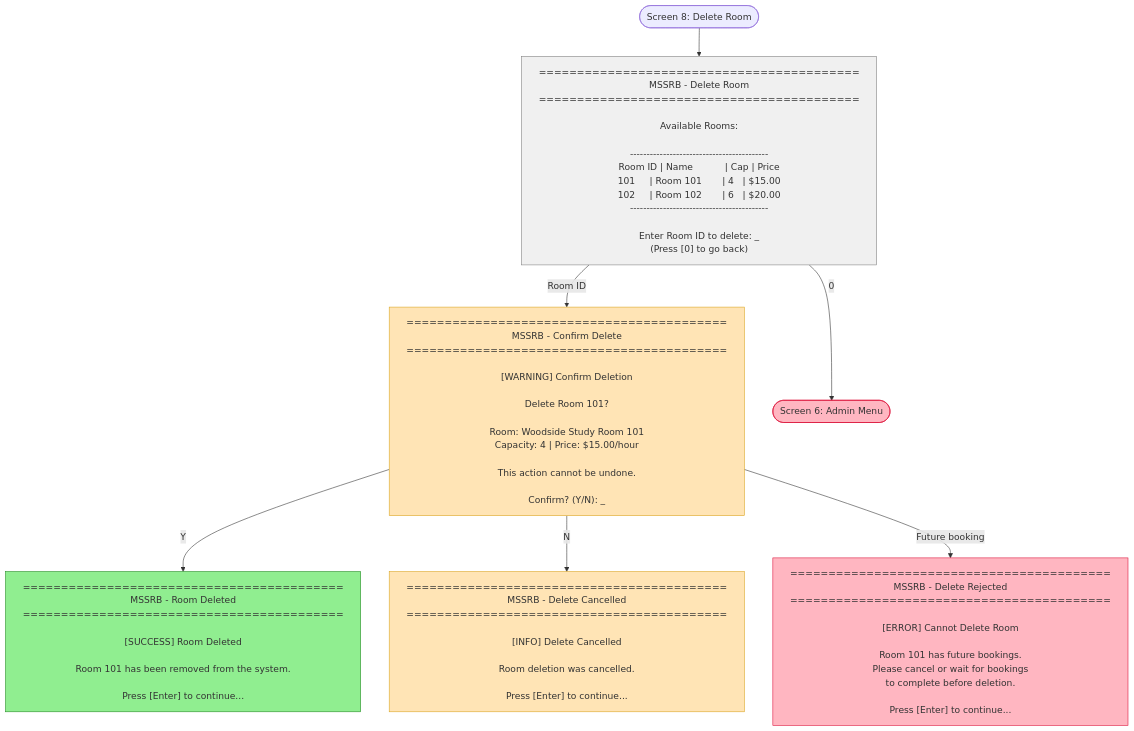
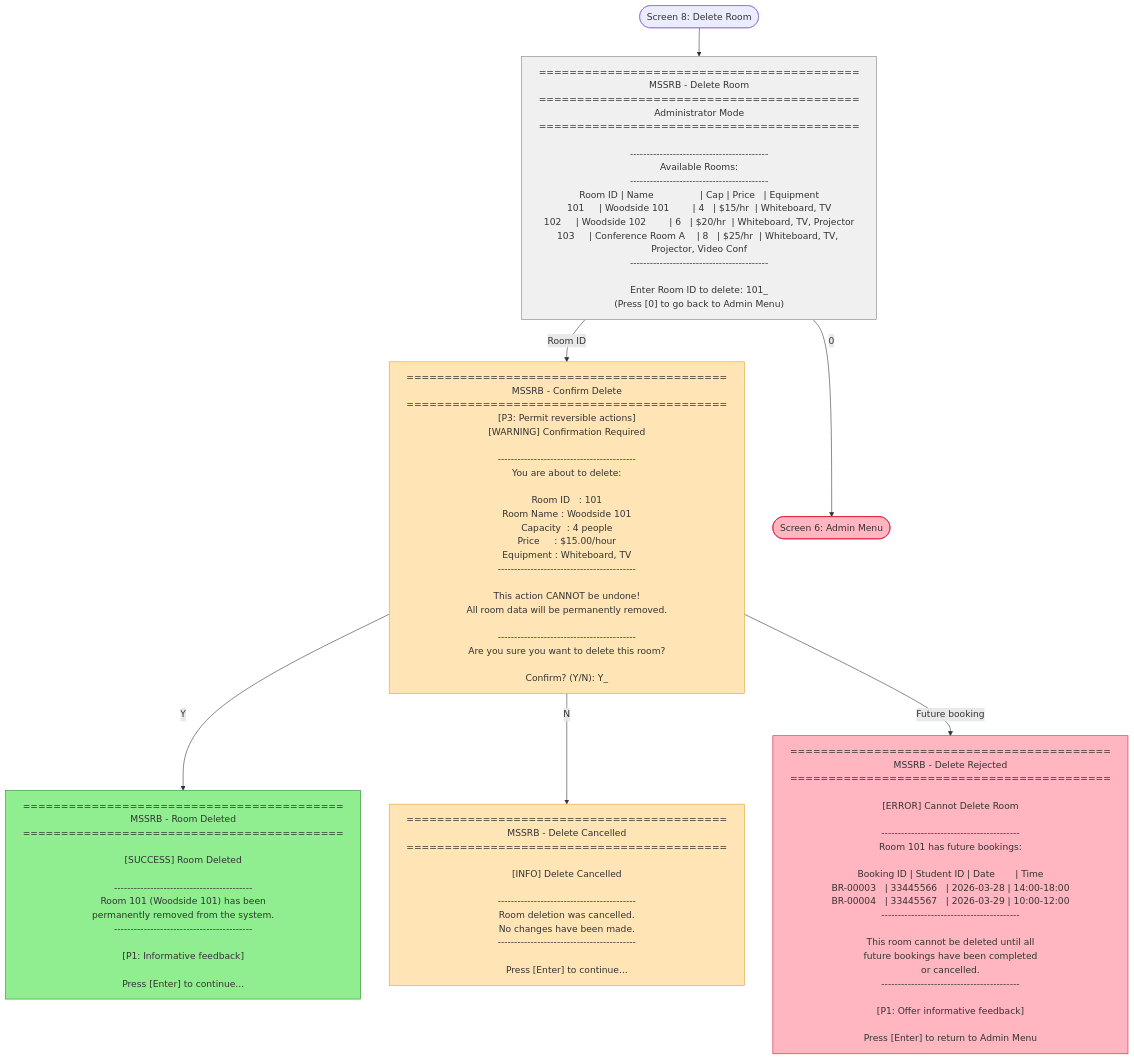
Before and after one commit to alii0110-monash/fit5136-study-room-booking: the diagram in mermaid/member_b/08_delete_room.flowchart.mmd, drawn with Mermaid. The commit also changed 14 other files, not shown here.

First line of the commit message:
Enrich all Mermaid screens with complete UI content

```diff
--- a/mermaid/member_b/08_delete_room.flowchart.mmd
+++ b/mermaid/member_b/08_delete_room.flowchart.mmd
@@ -1,90 +1,121 @@
 flowchart TB
     DELETE_ROOM(["Screen 8: Delete Room"])
 
     DR1["
 ==========================================
 MSSRB - Delete Room
 ==========================================
-
-Available Rooms:
+Administrator Mode
+==========================================
 
 ------------------------------------------
-Room ID | Name           | Cap | Price
-101     | Room 101       | 4   | $15.00
-102     | Room 102       | 6   | $20.00
+Available Rooms:
+------------------------------------------
+Room ID | Name                | Cap | Price   | Equipment
+101     | Woodside 101        | 4   | $15/hr  | Whiteboard, TV
+102     | Woodside 102        | 6   | $20/hr  | Whiteboard, TV, Projector
+103     | Conference Room A    | 8   | $25/hr  | Whiteboard, TV, Projector, Video Conf
 ------------------------------------------
 
-Enter Room ID to delete: _
-(Press [0] to go back)
+Enter Room ID to delete: 101_
+(Press [0] to go back to Admin Menu)
     "]
 
     DR2["
 ==========================================
 MSSRB - Confirm Delete
 ==========================================
+[P3: Permit reversible actions]
+[WARNING] Confirmation Required
 
-[WARNING] Confirm Deletion
+------------------------------------------
+You are about to delete:
 
-Delete Room 101?
+Room ID   : 101
+Room Name : Woodside 101
+Capacity  : 4 people
+Price     : $15.00/hour
+Equipment : Whiteboard, TV
+------------------------------------------
 
-Room: Woodside Study Room 101
-Capacity: 4 | Price: $15.00/hour
+This action CANNOT be undone!
+All room data will be permanently removed.
 
-This action cannot be undone.
+------------------------------------------
+Are you sure you want to delete this room?
 
-Confirm? (Y/N): _
+Confirm? (Y/N): Y_
     "]
 
     DR3["
 ==========================================
 MSSRB - Room Deleted
 ==========================================
 
 [SUCCESS] Room Deleted
 
-Room 101 has been removed from the system.
+------------------------------------------
+Room 101 (Woodside 101) has been
+permanently removed from the system.
+------------------------------------------
+
+[P1: Informative feedback]
 
 Press [Enter] to continue...
     "]
 
     DR4["
 ==========================================
 MSSRB - Delete Cancelled
 ==========================================
 
 [INFO] Delete Cancelled
 
+------------------------------------------
 Room deletion was cancelled.
+No changes have been made.
+------------------------------------------
 
 Press [Enter] to continue...
     "]
 
     DR5["
 ==========================================
 MSSRB - Delete Rejected
 ==========================================
 
 [ERROR] Cannot Delete Room
 
-Room 101 has future bookings.
-Please cancel or wait for bookings
-to complete before deletion.
+------------------------------------------
+Room 101 has future bookings:
 
-Press [Enter] to continue...
+Booking ID | Student ID | Date       | Time
+BR-00003   | 33445566   | 2026-03-28 | 14:00-18:00
+BR-00004   | 33445567   | 2026-03-29 | 10:00-12:00
+------------------------------------------
+
+This room cannot be deleted until all
+future bookings have been completed
+or cancelled.
+------------------------------------------
+
+[P1: Offer informative feedback]
+
+Press [Enter] to return to Admin Menu
     "]
 
     ADMIN(["Screen 6: Admin Menu"])
 
     DELETE_ROOM --> DR1
     DR1 -->|"Room ID"| DR2
     DR1 -->|"0"| ADMIN
     DR2 -->|"Y"| DR3
     DR2 -->|"N"| DR4
     DR2 -->|"Future booking"| DR5
 
     style DR1 fill:#F0F0F0,stroke:#808080
     style DR2 fill:#FFE4B5,stroke:#DAA520
     style DR3 fill:#90EE90,stroke:#228B22
     style DR4 fill:#FFE4B5,stroke:#DAA520
     style DR5 fill:#FFB6C1,stroke:#DC143C
     style ADMIN fill:#FFB6C1,stroke:#DC143C
```
